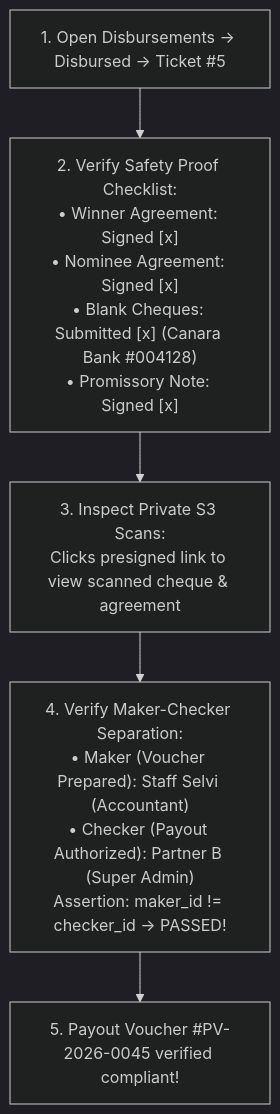
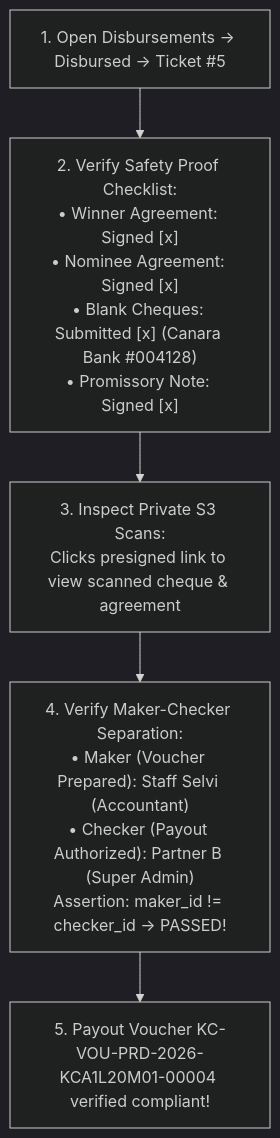
Before and after one commit to Kathir-24/Kumaran-finance: the fourth of 4 diagrams in docs/02-requirements/educational-guides/persona-6-auditor.md, drawn with Mermaid (dark theme). The commit also changed other lines of this file and 4 other files, not shown here.

````diff
--- a/docs/02-requirements/educational-guides/persona-6-auditor.md
+++ b/docs/02-requirements/educational-guides/persona-6-auditor.md
@@ -215,7 +213,7 @@
 ```mermaid
 flowchart TD
     Step1["1. Open Disbursements -> Disbursed -> Ticket #5"] --> Step2["2. Verify Safety Proof Checklist:\n• Winner Agreement: Signed [x]\n• Nominee Agreement: Signed [x]\n• Blank Cheques: Submitted [x] (Canara Bank #004128)\n• Promissory Note: Signed [x]"]
     Step2 --> Step3["3. Inspect Private S3 Scans:\nClicks presigned link to view scanned cheque & agreement"]
     Step3 --> Step4["4. Verify Maker-Checker Separation:\n• Maker (Voucher Prepared): Staff Selvi (Accountant)\n• Checker (Payout Authorized): Partner B (Super Admin)\nAssertion: maker_id != checker_id -> PASSED!"]
-    Step4 --> Step5["5. Payout Voucher #PV-2026-0045 verified compliant!"]
+    Step4 --> Step5["5. Payout Voucher KC-VOU-PRD-2026-KCA1L20M01-00004 verified compliant!"]
 ```
````
